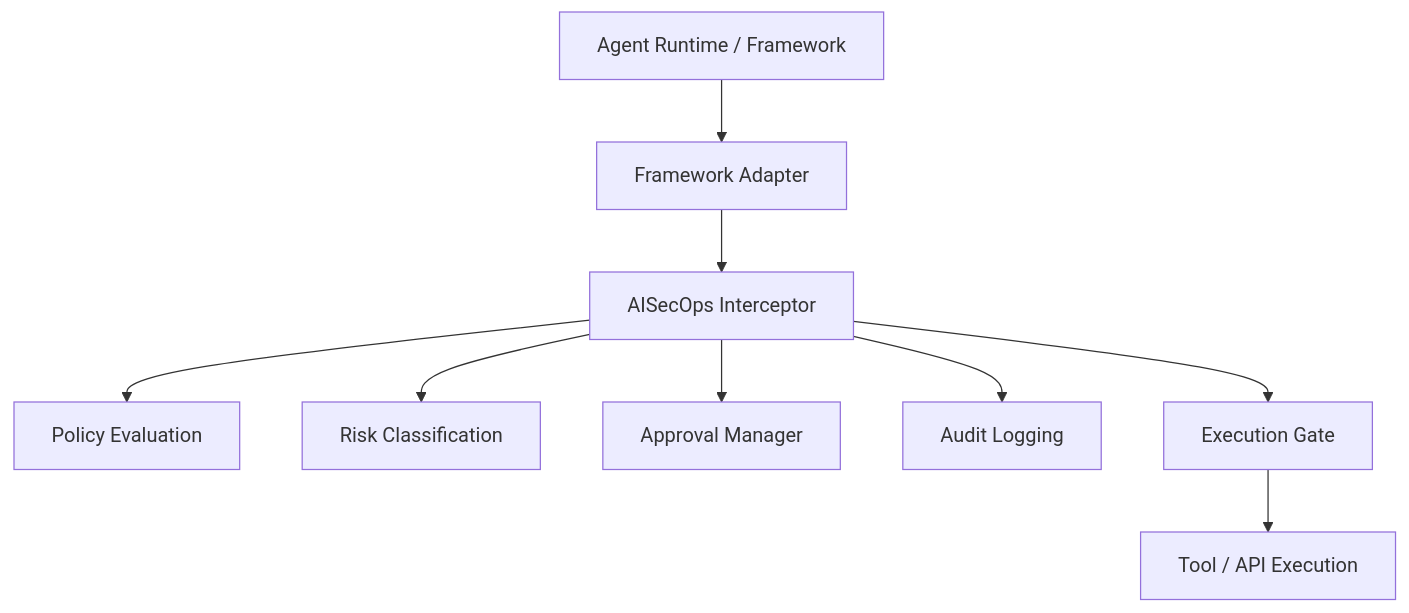
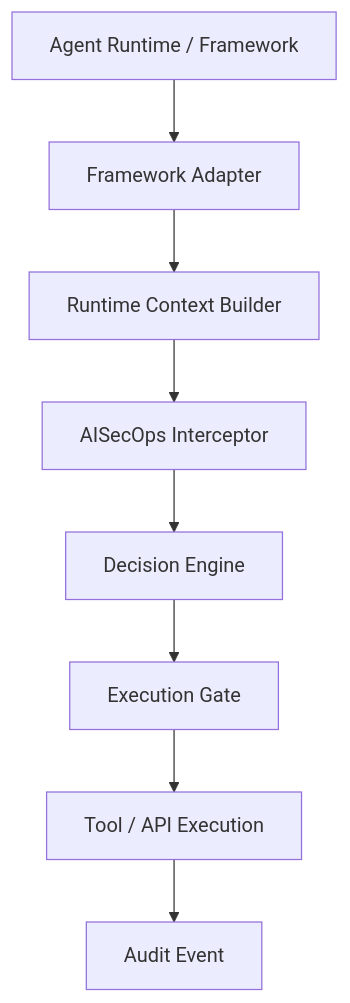
Before and after one commit to viplavfauzdar/aisecops-interceptor: the first of 6 diagrams in README.md, drawn with Mermaid. The commit also changed other lines of this file and 6 other files, not shown here.

````diff
--- a/README.md
+++ b/README.md
@@ -69,18 +69,19 @@
 ```mermaid
 flowchart TD
 
 A[Agent Runtime / Framework]
 
 A --> B[Framework Adapter]
 
-B --> C[AISecOps Interceptor]
+B --> C[Runtime Context Builder]
 
-C --> D[Policy Evaluation]
-C --> E[Risk Classification]
-C --> F[Approval Manager]
-C --> G[Audit Logging]
+C --> D[AISecOps Interceptor]
 
-C --> H[Execution Gate]
+D --> E[Decision Engine]
 
-H --> I[Tool / API Execution]
+E --> F[Execution Gate]
+
+F --> G[Tool / API Execution]
+
+G --> H[Audit Event]
 ```
````
